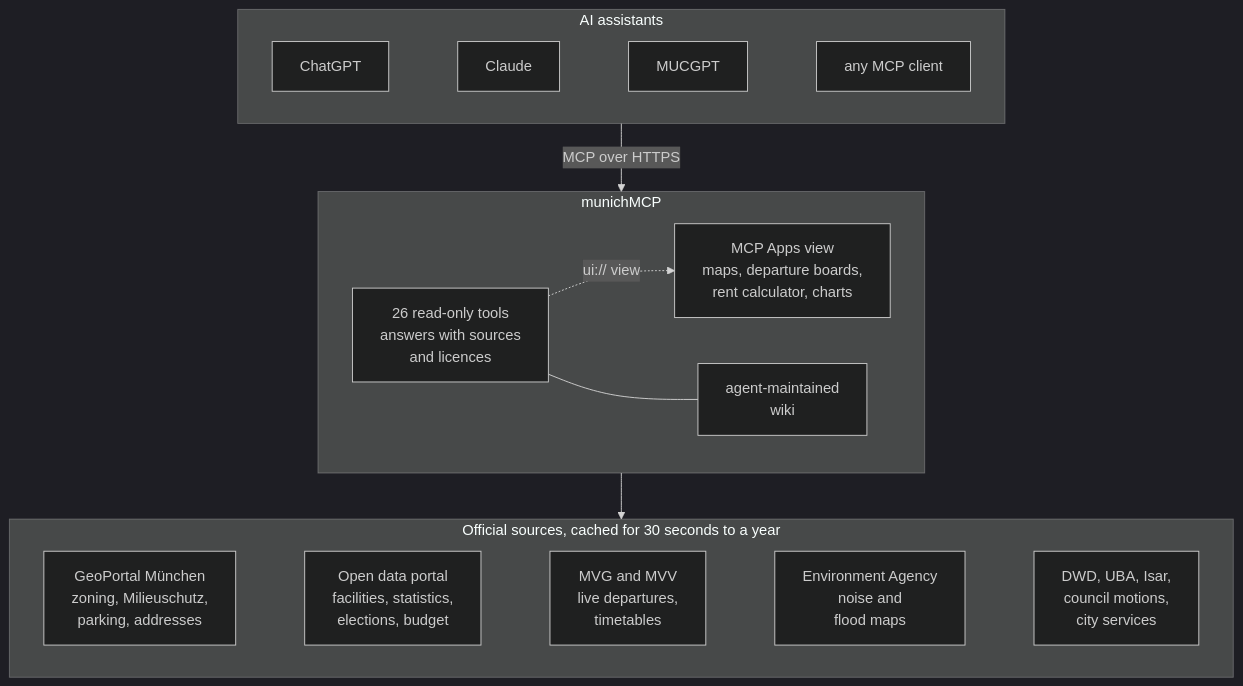
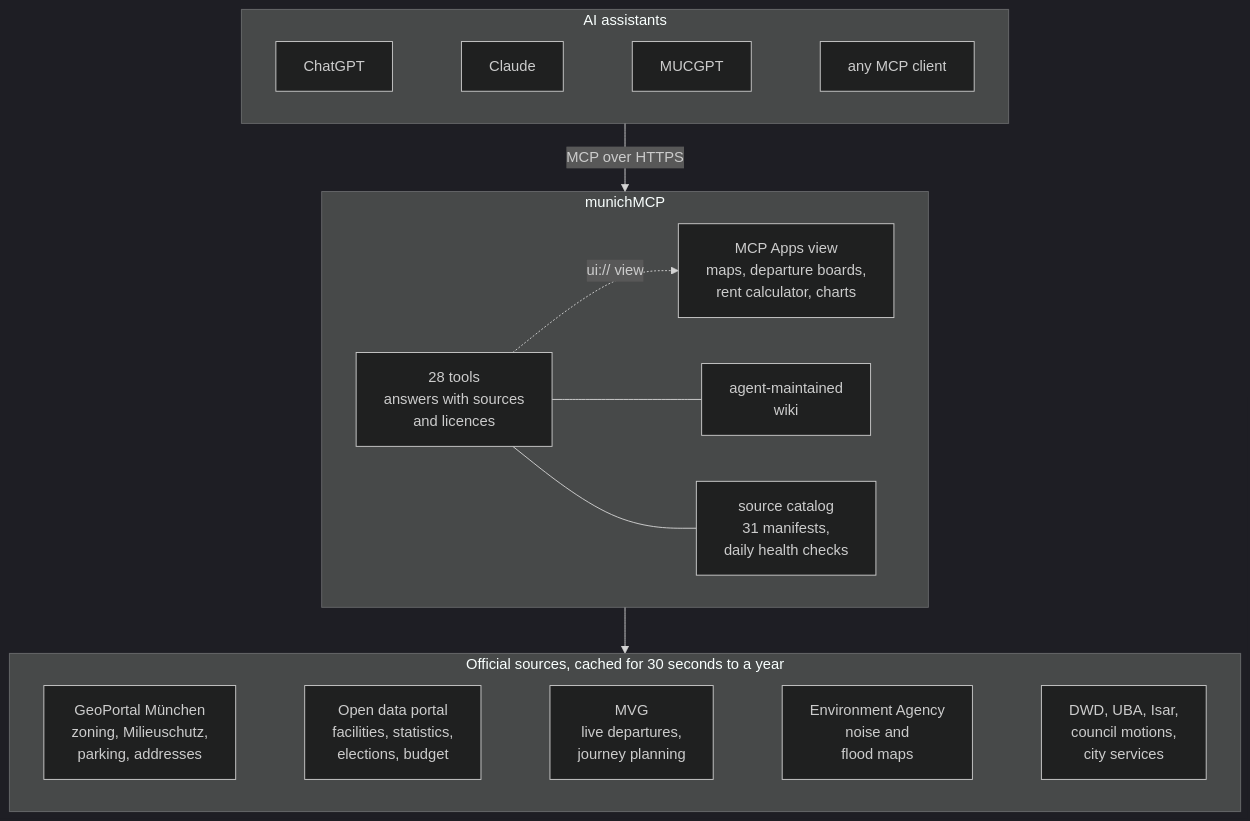
Before and after one commit to pepae/munichMCP: the first of 3 diagrams in README.md, drawn with Mermaid (dark theme). The commit also changed other lines of this file, not shown here.

First line of the commit message:
README: the headless-city idea and the self-maintaining source system

````diff
--- a/README.md
+++ b/README.md
@@ -32,21 +41,22 @@
 ```mermaid
 flowchart TB
   subgraph hosts["AI assistants"]
     direction LR
     chatgpt["ChatGPT"] ~~~ claude["Claude"] ~~~ mucgpt["MUCGPT"] ~~~ any["any MCP client"]
   end
 
   subgraph mcp["munichMCP"]
     direction LR
-    tools["26 read-only tools<br/>answers with sources<br/>and licences"] -. "ui:// view" .-> view["MCP Apps view<br/>maps, departure boards,<br/>rent calculator, charts"]
+    tools["28 tools<br/>answers with sources<br/>and licences"] -. "ui:// view" .-> view["MCP Apps view<br/>maps, departure boards,<br/>rent calculator, charts"]
     tools --- wiki["agent-maintained<br/>wiki"]
+    tools --- catalog["source catalog<br/>31 manifests,<br/>daily health checks"]
   end
 
   subgraph data["Official sources, cached for 30 seconds to a year"]
     direction LR
-    geo["GeoPortal München<br/>zoning, Milieuschutz,<br/>parking, addresses"] ~~~ portal["Open data portal<br/>facilities, statistics,<br/>elections, budget"] ~~~ transit["MVG and MVV<br/>live departures,<br/>timetables"] ~~~ lfu["Environment Agency<br/>noise and<br/>flood maps"] ~~~ more["DWD, UBA, Isar,<br/>council motions,<br/>city services"]
+    geo["GeoPortal München<br/>zoning, Milieuschutz,<br/>parking, addresses"] ~~~ portal["Open data portal<br/>facilities, statistics,<br/>elections, budget"] ~~~ transit["MVG<br/>live departures,<br/>journey planning"] ~~~ lfu["Environment Agency<br/>noise and<br/>flood maps"] ~~~ more["DWD, UBA, Isar,<br/>council motions,<br/>city services"]
   end
 
   hosts -- "MCP over HTTPS" --> mcp
   mcp --> data
 ```
````
